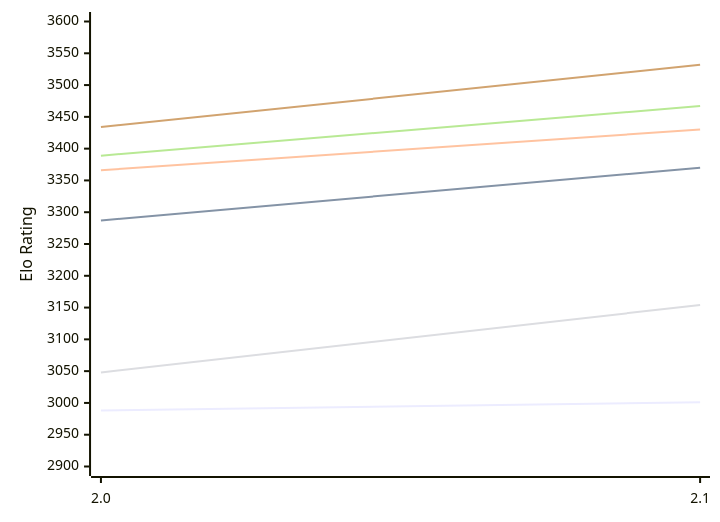
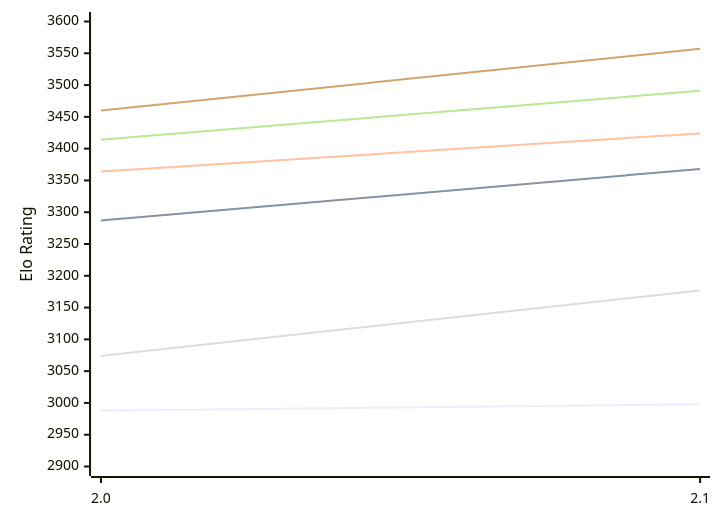
Before and after one commit to computer-chess-index/cci: the first of 2 diagrams in engines/Onslaught.md, drawn with Mermaid. The commit also changed other lines of this file, not shown here.

Commit message:
Update CCI Ratings (ELO VLTC) - 2026-11-04

````diff
--- a/engines/Onslaught.md
+++ b/engines/Onslaught.md
@@ -50,12 +50,12 @@
 ```mermaid
 %%{init: {"theme":"base","themeVariables":{"seriesColors:['#a3a3a3','#222221','#faa371']}}}%%
 xychart-beta
   x-axis ["2.0", "2.1"]
   y-axis "Elo Rating" 2900 --> 3600
-  line "E1: STC (8.0+0.08s)" [2988, 3001]
-  line "E1: LTC (60.0+0.60s)" [3287, 3370]
-  line "E1: VLTC (2m24s+1.12s)" [3366, 3430]
-  line "P1: STC (8.0+0.08s)" [3048, 3154]
-  line "P1: LTC (60.0+0.60s)" [3389, 3467]
-  line "P1: VLTC (2m24s+1.12s)" [3434, 3532]
+  line "E1: STC (8.0+0.08s)" [2988, 2998]
+  line "E1: LTC (60.0+0.60s)" [3287, 3368]
+  line "E1: VLTC (2m24s+1.12s)" [3364, 3424]
+  line "P1: STC (8.0+0.08s)" [3074, 3177]
+  line "P1: LTC (60.0+0.60s)" [3414, 3491]
+  line "P1: VLTC (2m24s+1.12s)" [3460, 3557]
 ```
````
